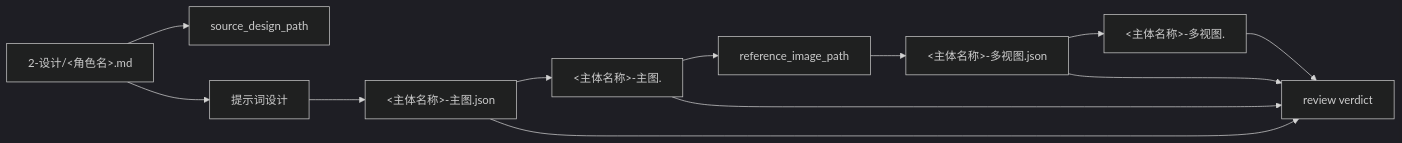
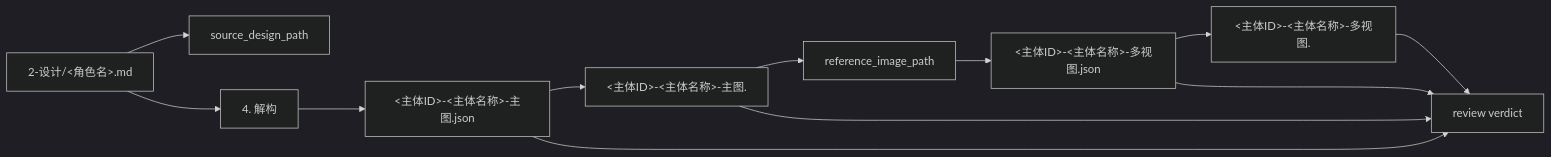
One commit to ZEN-VOID/AI-CUT changed the second of 3 diagrams in .agents/skills/aigc/5-设计/角色/3-生成/SKILL.md. Above: the diagram before and after it, drawn with Mermaid (dark theme). The commit also changed other lines of this file and 106 other files, not shown here.

````diff
--- a/.agents/skills/aigc/5-设计/角色/3-生成/SKILL.md
+++ b/.agents/skills/aigc/5-设计/角色/3-生成/SKILL.md
@@ -99,14 +99,14 @@
 ```mermaid
 flowchart LR
     A["2-设计/<角色名>.md"] --> B["source_design_path"]
-    A --> C["提示词设计"]
-    C --> D["<主体名称>-主图.json"]
-    D --> E["<主体名称>-主图.<ext>"]
+    A --> C["4. 解构"]
+    C --> D["<主体ID>-<主体名称>-主图.json"]
+    D --> E["<主体ID>-<主体名称>-主图.<ext>"]
     E --> F["reference_image_path"]
-    F --> G["<主体名称>-多视图.json"]
-    G --> H["<主体名称>-多视图.<ext>"]
+    F --> G["<主体ID>-<主体名称>-多视图.json"]
+    G --> H["<主体ID>-<主体名称>-多视图.<ext>"]
     D --> I["review verdict"]
     G --> I
     E --> I
     H --> I
 ```
````
